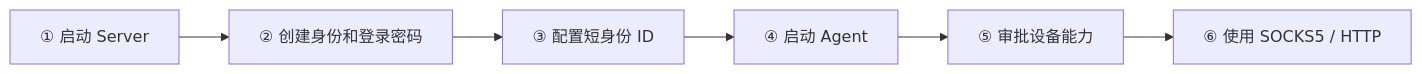
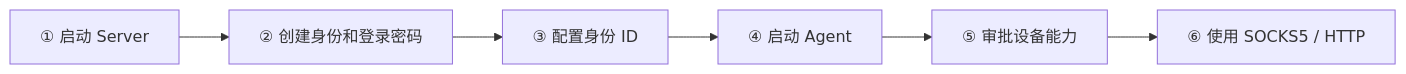
Before and after one commit to timwai/RelayProxy: the fifth of 9 diagrams in README.md, drawn with Mermaid. The commit also changed other lines of this file and 22 other files, not shown here.

````diff
--- a/README.md
+++ b/README.md
@@ -215,8 +215,8 @@
 ```mermaid
 flowchart LR
     S1["① 启动 Server"] --> S2["② 创建身份和登录密码"]
-    S2 --> S3["③ 配置短身份 ID"]
+    S2 --> S3["③ 配置身份 ID"]
     S3 --> S4["④ 启动 Agent"]
     S4 --> S5["⑤ 审批设备能力"]
     S5 --> S6["⑥ 使用 SOCKS5 / HTTP"]
 ```
````
